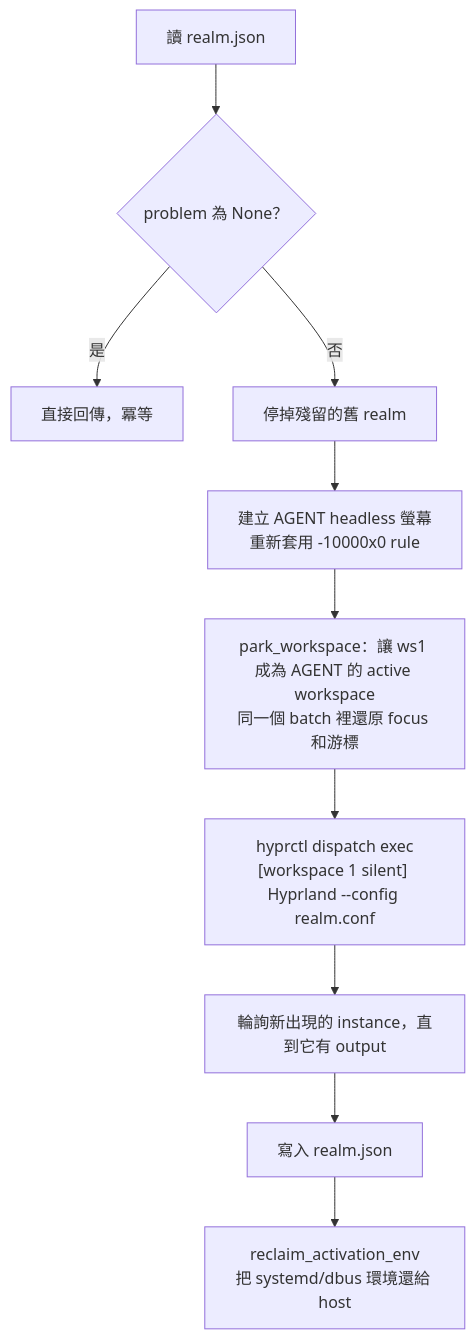
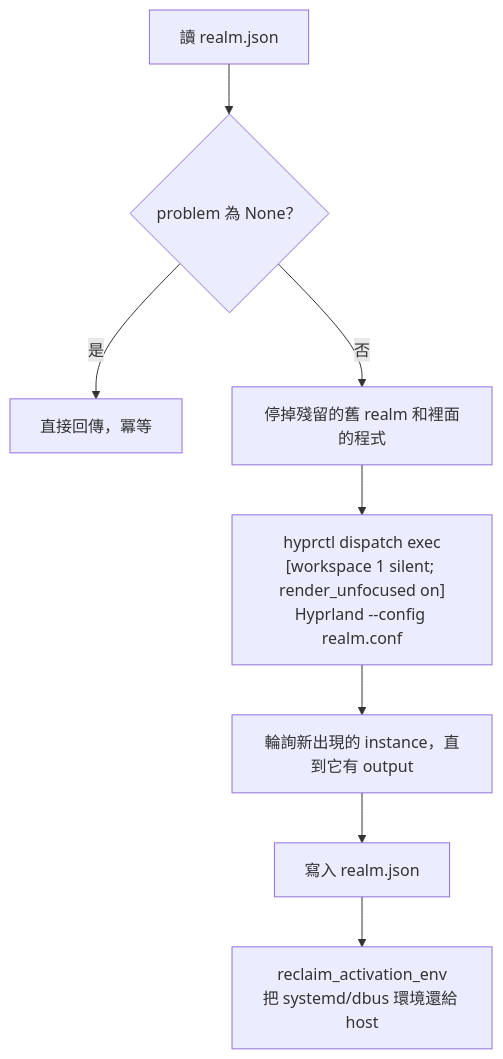
The diagram in docs/realm.md (jason9075/hypr-computer-use-mcp), drawn with Mermaid before and after one commit. The commit also changed other lines of this file and 10 other files, not shown here.

First line of the commit message:
perf: replace the headless monitor with render_unfocused (130% -> 4% CPU)

````diff
--- a/docs/realm.md
+++ b/docs/realm.md
@@ -63,12 +73,10 @@
 ```mermaid
 flowchart TD
   A[讀 realm.json] --> B{problem 為 None？}
   B -- 是 --> Z[直接回傳，冪等]
-  B -- 否 --> C[停掉殘留的舊 realm]
-  C --> D[建立 AGENT headless 螢幕<br/>重新套用 -10000x0 rule]
-  D --> E[park_workspace：讓 ws1 成為 AGENT 的 active workspace<br/>同一個 batch 裡還原 focus 和游標]
-  E --> F["hyprctl dispatch exec<br/>[workspace 1 silent] Hyprland --config realm.conf"]
+  B -- 否 --> C[停掉殘留的舊 realm 和裡面的程式]
+  C --> F["hyprctl dispatch exec<br/>[workspace 1 silent; render_unfocused on]<br/>Hyprland --config realm.conf"]
   F --> G[輪詢新出現的 instance，直到它有 output]
   G --> H[寫入 realm.json]
   H --> I[reclaim_activation_env<br/>把 systemd/dbus 環境還給 host]
 ```
````
